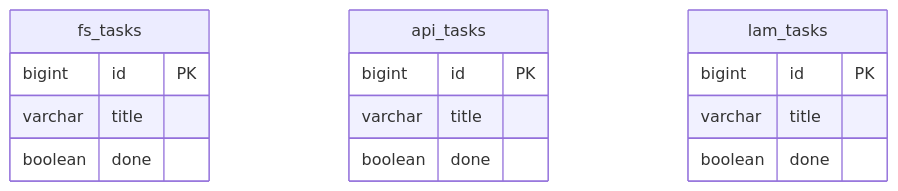
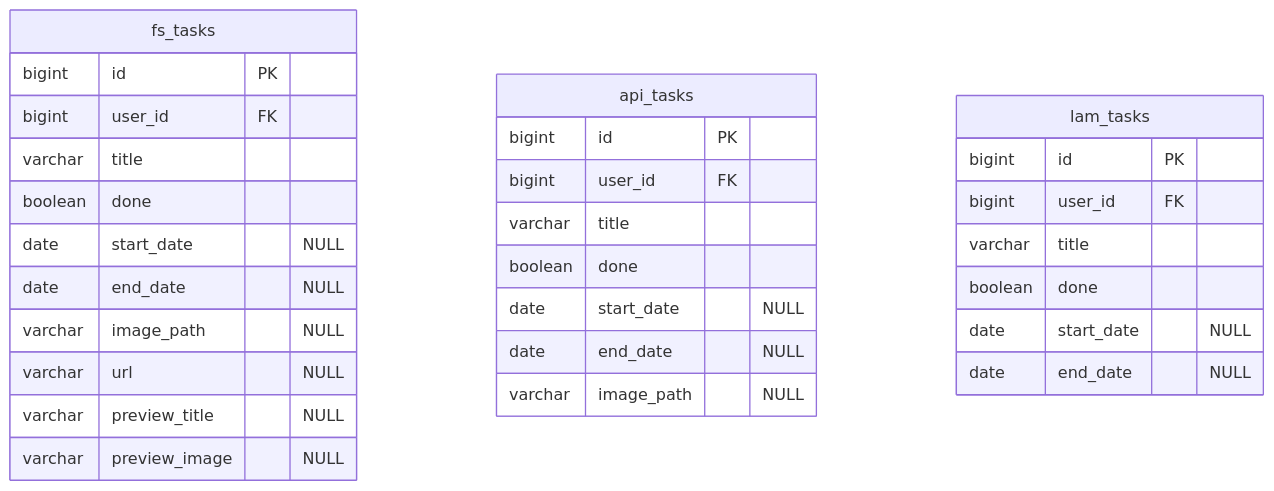
Before and after one commit to kojikawazu/php-practice-web-app: the diagram in docs/05-data-specification.md, drawn with Mermaid. The commit also changed 3 other files, not shown here.

````diff
--- a/docs/05-data-specification.md
+++ b/docs/05-data-specification.md
@@ -39,18 +39,32 @@
 ```mermaid
 erDiagram
     fs_tasks {
         bigint id PK
+        bigint user_id FK
         varchar title
         boolean done
+        date start_date "NULL"
+        date end_date "NULL"
+        varchar image_path "NULL"
+        varchar url "NULL"
+        varchar preview_title "NULL"
+        varchar preview_image "NULL"
     }
     api_tasks {
         bigint id PK
+        bigint user_id FK
         varchar title
         boolean done
+        date start_date "NULL"
+        date end_date "NULL"
+        varchar image_path "NULL"
     }
     lam_tasks {
         bigint id PK
+        bigint user_id FK
         varchar title
         boolean done
+        date start_date "NULL"
+        date end_date "NULL"
     }
 ```
````
